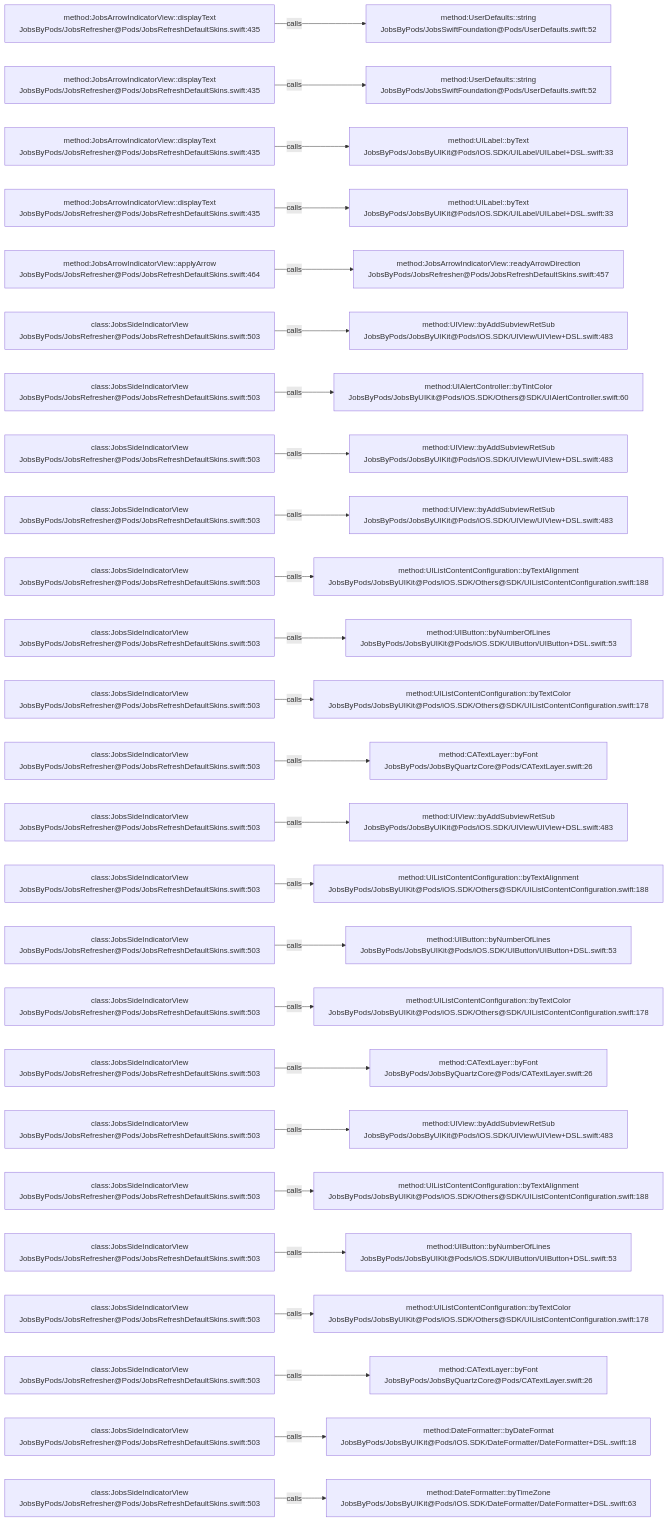
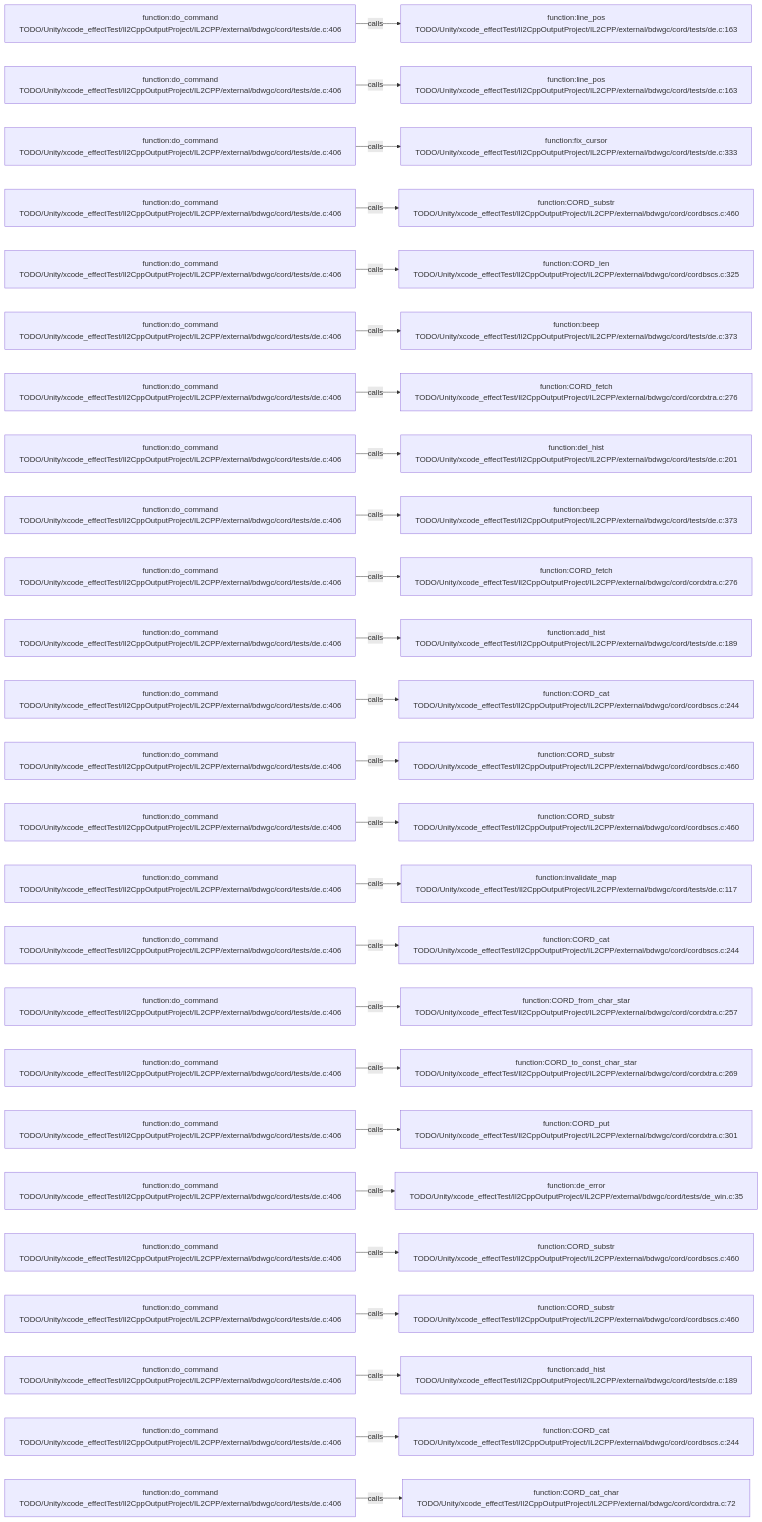
One commit to JobsKits/JobsSwiftBaseConfigDemo changed the diagram in .codegraph/codegraph.md/graphs/calls-161.md. Above: the diagram before and after it, drawn with Mermaid. The commit also changed 569 other files, not shown here.

````diff
--- a/.codegraph/codegraph.md/graphs/calls-161.md
+++ b/.codegraph/codegraph.md/graphs/calls-161.md
@@ -13,78 +13,78 @@
 ```mermaid
 flowchart LR
-  S1["method:JobsArrowIndicatorView::displayText<br/>JobsByPods/JobsRefresher@Pods/JobsRefreshDefaultSkins.swift:435"]
-  T1["method:UserDefaults::string<br/>JobsByPods/JobsSwiftFoundation@Pods/UserDefaults.swift:52"]
+  S1["function:do_command<br/>TODO/Unity/xcode_effectTest/Il2CppOutputProject/IL2CPP/external/bdwgc/cord/tests/de.c:406"]
+  T1["function:line_pos<br/>TODO/Unity/xcode_effectTest/Il2CppOutputProject/IL2CPP/external/bdwgc/cord/tests/de.c:163"]
   S1 -->|calls| T1
-  S2["method:JobsArrowIndicatorView::displayText<br/>JobsByPods/JobsRefresher@Pods/JobsRefreshDefaultSkins.swift:435"]
-  T2["method:UserDefaults::string<br/>JobsByPods/JobsSwiftFoundation@Pods/UserDefaults.swift:52"]
+  S2["function:do_command<br/>TODO/Unity/xcode_effectTest/Il2CppOutputProject/IL2CPP/external/bdwgc/cord/tests/de.c:406"]
+  T2["function:line_pos<br/>TODO/Unity/xcode_effectTest/Il2CppOutputProject/IL2CPP/external/bdwgc/cord/tests/de.c:163"]
   S2 -->|calls| T2
-  S3["method:JobsArrowIndicatorView::displayText<br/>JobsByPods/JobsRefresher@Pods/JobsRefreshDefaultSkins.swift:435"]
-  T3["method:UILabel::byText<br/>JobsByPods/JobsByUIKit@Pods/iOS.SDK/UILabel/UILabel+DSL.swift:33"]
+  S3["function:do_command<br/>TODO/Unity/xcode_effectTest/Il2CppOutputProject/IL2CPP/external/bdwgc/cord/tests/de.c:406"]
+  T3["function:fix_cursor<br/>TODO/Unity/xcode_effectTest/Il2CppOutputProject/IL2CPP/external/bdwgc/cord/tests/de.c:333"]
   S3 -->|calls| T3
-  S4["method:JobsArrowIndicatorView::displayText<br/>JobsByPods/JobsRefresher@Pods/JobsRefreshDefaultSkins.swift:435"]
-  T4["method:UILabel::byText<br/>JobsByPods/JobsByUIKit@Pods/iOS.SDK/UILabel/UILabel+DSL.swift:33"]
+  S4["function:do_command<br/>TODO/Unity/xcode_effectTest/Il2CppOutputProject/IL2CPP/external/bdwgc/cord/tests/de.c:406"]
+  T4["function:CORD_substr<br/>TODO/Unity/xcode_effectTest/Il2CppOutputProject/IL2CPP/external/bdwgc/cord/cordbscs.c:460"]
   S4 -->|calls| T4
-  S5["method:JobsArrowIndicatorView::applyArrow<br/>JobsByPods/JobsRefresher@Pods/JobsRefreshDefaultSkins.swift:464"]
-  T5["method:JobsArrowIndicatorView::readyArrowDirection<br/>JobsByPods/JobsRefresher@Pods/JobsRefreshDefaultSkins.swift:457"]
+  S5["function:do_command<br/>TODO/Unity/xcode_effectTest/Il2CppOutputProject/IL2CPP/external/bdwgc/cord/tests/de.c:406"]
+  T5["function:CORD_len<br/>TODO/Unity/xcode_effectTest/Il2CppOutputProject/IL2CPP/external/bdwgc/cord/cordbscs.c:325"]
   S5 -->|calls| T5
-  S6["class:JobsSideIndicatorView<br/>JobsByPods/JobsRefresher@Pods/JobsRefreshDefaultSkins.swift:503"]
-  T6["method:UIView::byAddSubviewRetSub<br/>JobsByPods/JobsByUIKit@Pods/iOS.SDK/UIView/UIView+DSL.swift:483"]
+  S6["function:do_command<br/>TODO/Unity/xcode_effectTest/Il2CppOutputProject/IL2CPP/external/bdwgc/cord/tests/de.c:406"]
+  T6["function:beep<br/>TODO/Unity/xcode_effectTest/Il2CppOutputProject/IL2CPP/external/bdwgc/cord/tests/de.c:373"]
   S6 -->|calls| T6
-  S7["class:JobsSideIndicatorView<br/>JobsByPods/JobsRefresher@Pods/JobsRefreshDefaultSkins.swift:503"]
-  T7["method:UIAlertController::byTintColor<br/>JobsByPods/JobsByUIKit@Pods/iOS.SDK/Others@SDK/UIAlertController.swift:60"]
+  S7["function:do_command<br/>TODO/Unity/xcode_effectTest/Il2CppOutputProject/IL2CPP/external/bdwgc/cord/tests/de.c:406"]
+  T7["function:CORD_fetch<br/>TODO/Unity/xcode_effectTest/Il2CppOutputProject/IL2CPP/external/bdwgc/cord/cordxtra.c:276"]
   S7 -->|calls| T7
-  S8["class:JobsSideIndicatorView<br/>JobsByPods/JobsRefresher@Pods/JobsRefreshDefaultSkins.swift:503"]
-  T8["method:UIView::byAddSubviewRetSub<br/>JobsByPods/JobsByUIKit@Pods/iOS.SDK/UIView/UIView+DSL.swift:483"]
+  S8["function:do_command<br/>TODO/Unity/xcode_effectTest/Il2CppOutputProject/IL2CPP/external/bdwgc/cord/tests/de.c:406"]
+  T8["function:del_hist<br/>TODO/Unity/xcode_effectTest/Il2CppOutputProject/IL2CPP/external/bdwgc/cord/tests/de.c:201"]
   S8 -->|calls| T8
-  S9["class:JobsSideIndicatorView<br/>JobsByPods/JobsRefresher@Pods/JobsRefreshDefaultSkins.swift:503"]
-  T9["method:UIView::byAddSubviewRetSub<br/>JobsByPods/JobsByUIKit@Pods/iOS.SDK/UIView/UIView+DSL.swift:483"]
+  S9["function:do_command<br/>TODO/Unity/xcode_effectTest/Il2CppOutputProject/IL2CPP/external/bdwgc/cord/tests/de.c:406"]
+  T9["function:beep<br/>TODO/Unity/xcode_effectTest/Il2CppOutputProject/IL2CPP/external/bdwgc/cord/tests/de.c:373"]
   S9 -->|calls| T9
-  S10["class:JobsSideIndicatorView<br/>JobsByPods/JobsRefresher@Pods/JobsRefreshDefaultSkins.swift:503"]
-  T10["method:UIListContentConfiguration::byTextAlignment<br/>JobsByPods/JobsByUIKit@Pods/iOS.SDK/Others@SDK/UIListContentConfiguration.swift:188"]
+  S10["function:do_command<br/>TODO/Unity/xcode_effectTest/Il2CppOutputProject/IL2CPP/external/bdwgc/cord/tests/de.c:406"]
+  T10["function:CORD_fetch<br/>TODO/Unity/xcode_effectTest/Il2CppOutputProject/IL2CPP/external/bdwgc/cord/cordxtra.c:276"]
   S10 -->|calls| T10
-  S11["class:JobsSideIndicatorView<br/>JobsByPods/JobsRefresher@Pods/JobsRefreshDefaultSkins.swift:503"]
-  T11["method:UIButton::byNumberOfLines<br/>JobsByPods/JobsByUIKit@Pods/iOS.SDK/UIButton/UIButton+DSL.swift:53"]
+  S11["function:do_command<br/>TODO/Unity/xcode_effectTest/Il2CppOutputProject/IL2CPP/external/bdwgc/cord/tests/de.c:406"]
+  T11["function:add_hist<br/>TODO/Unity/xcode_effectTest/Il2CppOutputProject/IL2CPP/external/bdwgc/cord/tests/de.c:189"]
   S11 -->|calls| T11
-  S12["class:JobsSideIndicatorView<br/>JobsByPods/JobsRefresher@Pods/JobsRefreshDefaultSkins.swift:503"]
-  T12["method:UIListContentConfiguration::byTextColor<br/>JobsByPods/JobsByUIKit@Pods/iOS.SDK/Others@SDK/UIListContentConfiguration.swift:178"]
+  S12["function:do_command<br/>TODO/Unity/xcode_effectTest/Il2CppOutputProject/IL2CPP/external/bdwgc/cord/tests/de.c:406"]
+  T12["function:CORD_cat<br/>TODO/Unity/xcode_effectTest/Il2CppOutputProject/IL2CPP/external/bdwgc/cord/cordbscs.c:244"]
   S12 -->|calls| T12
-  S13["class:JobsSideIndicatorView<br/>JobsByPods/JobsRefresher@Pods/JobsRefreshDefaultSkins.swift:503"]
-  T13["method:CATextLayer::byFont<br/>JobsByPods/JobsByQuartzCore@Pods/CATextLayer.swift:26"]
+  S13["function:do_command<br/>TODO/Unity/xcode_effectTest/Il2CppOutputProject/IL2CPP/external/bdwgc/cord/tests/de.c:406"]
+  T13["function:CORD_substr<br/>TODO/Unity/xcode_effectTest/Il2CppOutputProject/IL2CPP/external/bdwgc/cord/cordbscs.c:460"]
   S13 -->|calls| T13
-  S14["class:JobsSideIndicatorView<br/>JobsByPods/JobsRefresher@Pods/JobsRefreshDefaultSkins.swift:503"]
-  T14["method:UIView::byAddSubviewRetSub<br/>JobsByPods/JobsByUIKit@Pods/iOS.SDK/UIView/UIView+DSL.swift:483"]
+  S14["function:do_command<br/>TODO/Unity/xcode_effectTest/Il2CppOutputProject/IL2CPP/external/bdwgc/cord/tests/de.c:406"]
+  T14["function:CORD_substr<br/>TODO/Unity/xcode_effectTest/Il2CppOutputProject/IL2CPP/external/bdwgc/cord/cordbscs.c:460"]
   S14 -->|calls| T14
-  S15["class:JobsSideIndicatorView<br/>JobsByPods/JobsRefresher@Pods/JobsRefreshDefaultSkins.swift:503"]
-  T15["method:UIListContentConfiguration::byTextAlignment<br/>JobsByPods/JobsByUIKit@Pods/iOS.SDK/Others@SDK/UIListContentConfiguration.swift:188"]
+  S15["function:do_command<br/>TODO/Unity/xcode_effectTest/Il2CppOutputProject/IL2CPP/external/bdwgc/cord/tests/de.c:406"]
+  T15["function:invalidate_map<br/>TODO/Unity/xcode_effectTest/Il2CppOutputProject/IL2CPP/external/bdwgc/cord/tests/de.c:117"]
   S15 -->|calls| T15
-  S16["class:JobsSideIndicatorView<br/>JobsByPods/JobsRefresher@Pods/JobsRefreshDefaultSkins.swift:503"]
-  T16["method:UIButton::byNumberOfLines<br/>JobsByPods/JobsByUIKit@Pods/iOS.SDK/UIButton/UIButton+DSL.swift:53"]
+  S16["function:do_command<br/>TODO/Unity/xcode_effectTest/Il2CppOutputProject/IL2CPP/external/bdwgc/cord/tests/de.c:406"]
+  T16["function:CORD_cat<br/>TODO/Unity/xcode_effectTest/Il2CppOutputProject/IL2CPP/external/bdwgc/cord/cordbscs.c:244"]
   S16 -->|calls| T16
-  S17["class:JobsSideIndicatorView<br/>JobsByPods/JobsRefresher@Pods/JobsRefreshDefaultSkins.swift:503"]
-  T17["method:UIListContentConfiguration::byTextColor<br/>JobsByPods/JobsByUIKit@Pods/iOS.SDK/Others@SDK/UIListContentConfiguration.swift:178"]
+  S17["function:do_command<br/>TODO/Unity/xcode_effectTest/Il2CppOutputProject/IL2CPP/external/bdwgc/cord/tests/de.c:406"]
+  T17["function:CORD_from_char_star<br/>TODO/Unity/xcode_effectTest/Il2CppOutputProject/IL2CPP/external/bdwgc/cord/cordxtra.c:257"]
   S17 -->|calls| T17
-  S18["class:JobsSideIndicatorView<br/>JobsByPods/JobsRefresher@Pods/JobsRefreshDefaultSkins.swift:503"]
-  T18["method:CATextLayer::byFont<br/>JobsByPods/JobsByQuartzCore@Pods/CATextLayer.swift:26"]
+  S18["function:do_command<br/>TODO/Unity/xcode_effectTest/Il2CppOutputProject/IL2CPP/external/bdwgc/cord/tests/de.c:406"]
+  T18["function:CORD_to_const_char_star<br/>TODO/Unity/xcode_effectTest/Il2CppOutputProject/IL2CPP/external/bdwgc/cord/cordxtra.c:269"]
   S18 -->|calls| T18
-  S19["class:JobsSideIndicatorView<br/>JobsByPods/JobsRefresher@Pods/JobsRefreshDefaultSkins.swift:503"]
-  T19["method:UIView::byAddSubviewRetSub<br/>JobsByPods/JobsByUIKit@Pods/iOS.SDK/UIView/UIView+DSL.swift:483"]
+  S19["function:do_command<br/>TODO/Unity/xcode_effectTest/Il2CppOutputProject/IL2CPP/external/bdwgc/cord/tests/de.c:406"]
+  T19["function:CORD_put<br/>TODO/Unity/xcode_effectTest/Il2CppOutputProject/IL2CPP/external/bdwgc/cord/cordxtra.c:301"]
   S19 -->|calls| T19
-  S20["class:JobsSideIndicatorView<br/>JobsByPods/JobsRefresher@Pods/JobsRefreshDefaultSkins.swift:503"]
-  T20["method:UIListContentConfiguration::byTextAlignment<br/>JobsByPods/JobsByUIKit@Pods/iOS.SDK/Others@SDK/UIListContentConfiguration.swift:188"]
+  S20["function:do_command<br/>TODO/Unity/xcode_effectTest/Il2CppOutputProject/IL2CPP/external/bdwgc/cord/tests/de.c:406"]
+  T20["function:de_error<br/>TODO/Unity/xcode_effectTest/Il2CppOutputProject/IL2CPP/external/bdwgc/cord/tests/de_win.c:35"]
   S20 -->|calls| T20
-  S21["class:JobsSideIndicatorView<br/>JobsByPods/JobsRefresher@Pods/JobsRefreshDefaultSkins.swift:503"]
-  T21["method:UIButton::byNumberOfLines<br/>JobsByPods/JobsByUIKit@Pods/iOS.SDK/UIButton/UIButton+DSL.swift:53"]
+  S21["function:do_command<br/>TODO/Unity/xcode_effectTest/Il2CppOutputProject/IL2CPP/external/bdwgc/cord/tests/de.c:406"]
+  T21["function:CORD_substr<br/>TODO/Unity/xcode_effectTest/Il2CppOutputProject/IL2CPP/external/bdwgc/cord/cordbscs.c:460"]
   S21 -->|calls| T21
-  S22["class:JobsSideIndicatorView<br/>JobsByPods/JobsRefresher@Pods/JobsRefreshDefaultSkins.swift:503"]
-  T22["method:UIListContentConfiguration::byTextColor<br/>JobsByPods/JobsByUIKit@Pods/iOS.SDK/Others@SDK/UIListContentConfiguration.swift:178"]
+  S22["function:do_command<br/>TODO/Unity/xcode_effectTest/Il2CppOutputProject/IL2CPP/external/bdwgc/cord/tests/de.c:406"]
+  T22["function:CORD_substr<br/>TODO/Unity/xcode_effectTest/Il2CppOutputProject/IL2CPP/external/bdwgc/cord/cordbscs.c:460"]
   S22 -->|calls| T22
-  S23["class:JobsSideIndicatorView<br/>JobsByPods/JobsRefresher@Pods/JobsRefreshDefaultSkins.swift:503"]
-  T23["method:CATextLayer::byFont<br/>JobsByPods/JobsByQuartzCore@Pods/CATextLayer.swift:26"]
+  S23["function:do_command<br/>TODO/Unity/xcode_effectTest/Il2CppOutputProject/IL2CPP/external/bdwgc/cord/tests/de.c:406"]
+  T23["function:add_hist<br/>TODO/Unity/xcode_effectTest/Il2CppOutputProject/IL2CPP/external/bdwgc/cord/tests/de.c:189"]
   S23 -->|calls| T23
-  S24["class:JobsSideIndicatorView<br/>JobsByPods/JobsRefresher@Pods/JobsRefreshDefaultSkins.swift:503"]
-  T24["method:DateFormatter::byDateFormat<br/>JobsByPods/JobsByUIKit@Pods/iOS.SDK/DateFormatter/DateFormatter+DSL.swift:18"]
+  S24["function:do_command<br/>TODO/Unity/xcode_effectTest/Il2CppOutputProject/IL2CPP/external/bdwgc/cord/tests/de.c:406"]
+  T24["function:CORD_cat<br/>TODO/Unity/xcode_effectTest/Il2CppOutputProject/IL2CPP/external/bdwgc/cord/cordbscs.c:244"]
   S24 -->|calls| T24
-  S25["class:JobsSideIndicatorView<br/>JobsByPods/JobsRefresher@Pods/JobsRefreshDefaultSkins.swift:503"]
-  T25["method:DateFormatter::byTimeZone<br/>JobsByPods/JobsByUIKit@Pods/iOS.SDK/DateFormatter/DateFormatter+DSL.swift:63"]
+  S25["function:do_command<br/>TODO/Unity/xcode_effectTest/Il2CppOutputProject/IL2CPP/external/bdwgc/cord/tests/de.c:406"]
+  T25["function:CORD_cat_char<br/>TODO/Unity/xcode_effectTest/Il2CppOutputProject/IL2CPP/external/bdwgc/cord/cordxtra.c:72"]
   S25 -->|calls| T25
 ```
````
